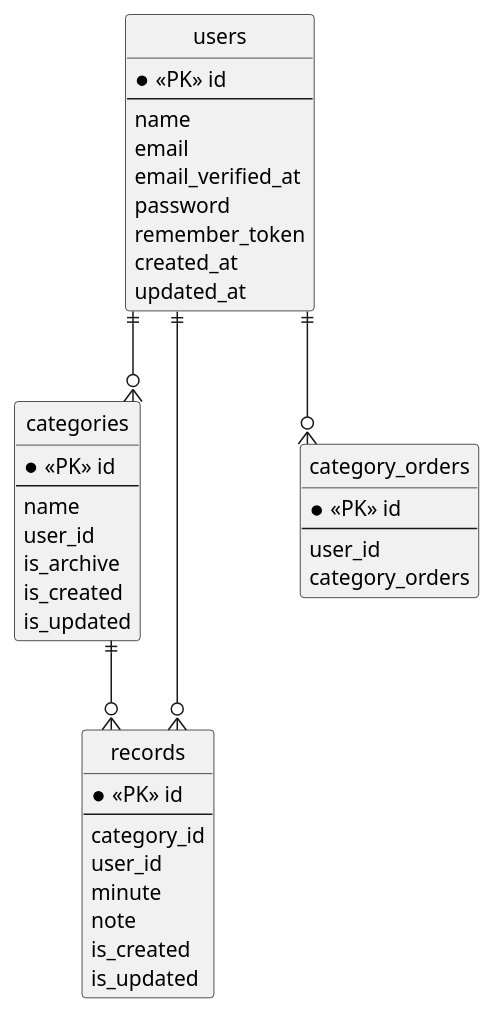
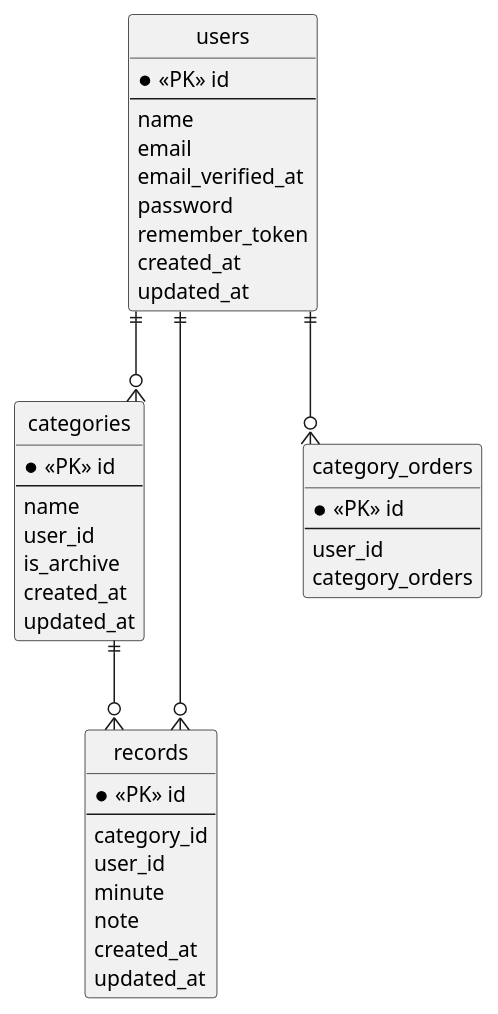
Before and after one commit to nakajima97/laravel-learning-record-app-v2: the diagram in document/er-figure.pu, drawn with PlantUML.

Commit message:
#132 カラム名の誤りを修正

```diff
--- a/document/er-figure.pu
+++ b/document/er-figure.pu
@@ -1,50 +1,50 @@
 @startuml er-figure
 hide circle
 skinparam linetype ortho
 
 entity "users" as users {
   * <<PK>> id
   --
   name
   email
   email_verified_at
   password
   remember_token
   created_at
   updated_at
 }
 
 entity "categories" as categories {
     * <<PK>> id
     --
     name
     user_id
     is_archive
-    is_created
-    is_updated
+    created_at
+    updated_at
 }
 
 entity "records" as records {
     * <<PK>> id
     --
     category_id
     user_id
     minute
     note
-    is_created
-    is_updated
+    created_at
+    updated_at
 }
 
 entity "category_orders" as category_orders {
     * <<PK>> id
     --
     user_id
     category_orders
 }
 
 users ||--o{ categories
 users ||--o{ records
 users ||--o{ category_orders
 categories ||--o{ records
 
 @enduml
```
